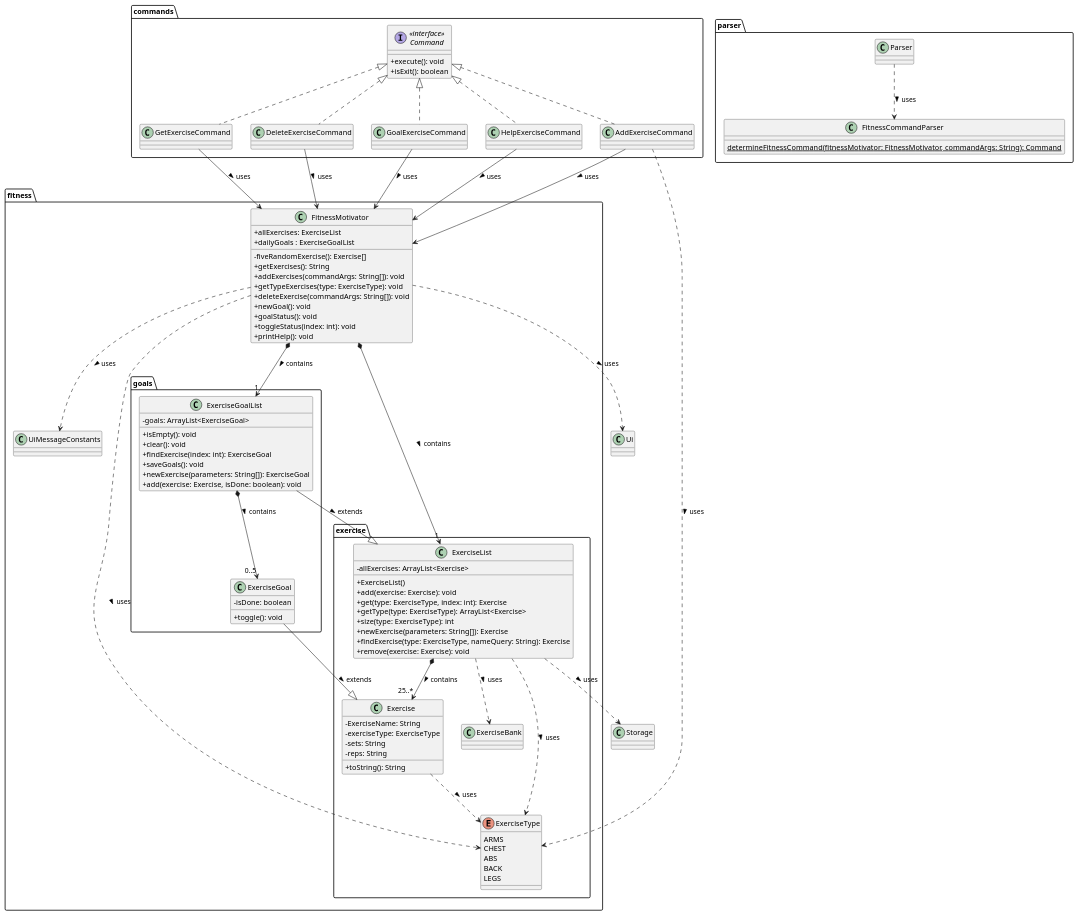
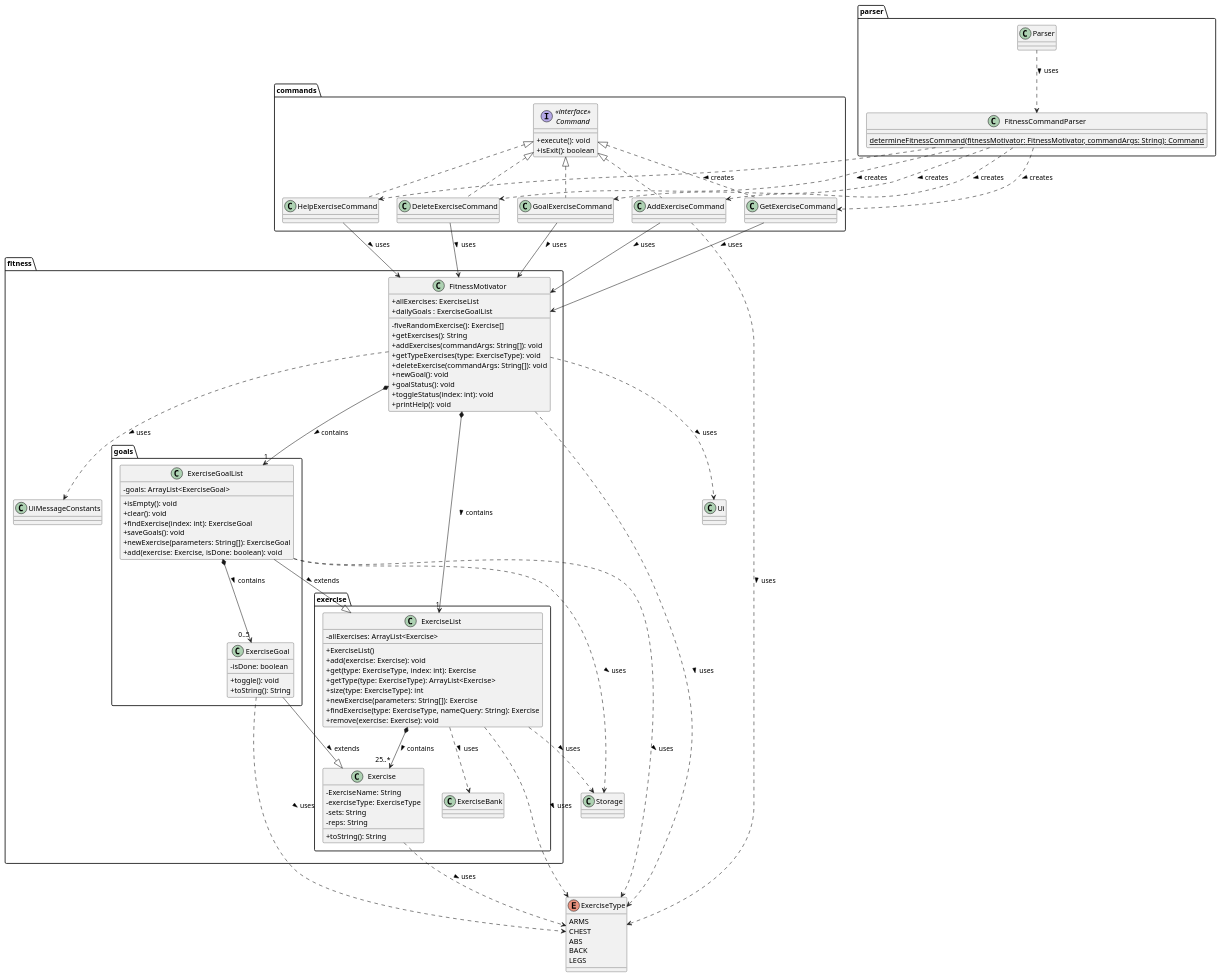
The diagram in docs/diagrams/fitness/FitnessClassDiagram.puml (AY2324S2-CS2113-T11-1/tp), drawn with PlantUML before and after one commit. The commit also changed 12 other files, not shown here.

First line of the commit message:
Update Developer Guide for new features in FitnessMotivator

```diff
--- a/docs/diagrams/fitness/FitnessClassDiagram.puml
+++ b/docs/diagrams/fitness/FitnessClassDiagram.puml
@@ -1,139 +1,150 @@
 @startuml
 
 skinparam classAttributeIconSize 0
 
 package parser {
     class FitnessCommandParser {
         {Static} determineFitnessCommand(fitnessMotivator: FitnessMotivator, commandArgs: String): Command
     }
 
     class Parser {
     }
 }
 
 package commands {
     interface "<<interface>>\nCommand" as Command {
         + execute(): void
         + isExit(): boolean
     }
 
     class GetExerciseCommand implements Command {
     }
 
     class DeleteExerciseCommand implements Command {
     }
 
     class GoalExerciseCommand implements Command {
     }
 
     class HelpExerciseCommand implements Command {
     }
 
     class AddExerciseCommand implements Command {
     }
 }
 
 package fitness {
     package exercise {
 
         class ExerciseList {
             - allExercises: ArrayList<Exercise>
             + ExerciseList()
             + add(exercise: Exercise): void
             + get(type: ExerciseType, index: int): Exercise
             + getType(type: ExerciseType): ArrayList<Exercise>
             + size(type: ExerciseType): int
             + newExercise(parameters: String[]): Exercise
             + findExercise(type: ExerciseType, nameQuery: String): Exercise
             + remove(exercise: Exercise): void
         }
 
         class Exercise {
             - ExerciseName: String
             - exerciseType: ExerciseType
             - sets: String
             - reps: String
             + toString(): String
         }
 
         class ExerciseBank {
         }
 
-        enum ExerciseType {
-            ARMS
-            CHEST
-            ABS
-            BACK
-            LEGS
-        }
     }
 
     package goals {
         class ExerciseGoal {
             - isDone: boolean
             + toggle(): void
+            + toString(): String
         }
 
         class ExerciseGoalList {
             - goals: ArrayList<ExerciseGoal>
             + isEmpty(): void
             + clear(): void
             + findExercise(index: int): ExerciseGoal
             + saveGoals(): void
             + newExercise(parameters: String[]): ExerciseGoal
             + add(exercise: Exercise, isDone: boolean): void
         }
     }
 
     class FitnessMotivator {
         + allExercises: ExerciseList
         + dailyGoals : ExerciseGoalList
         - fiveRandomExercise(): Exercise[]
         + getExercises(): String
         + addExercises(commandArgs: String[]): void
         + getTypeExercises(type: ExerciseType): void
         + deleteExercise(commandArgs: String[]): void
         + newGoal(): void
         + goalStatus(): void
         + toggleStatus(index: int): void
         + printHelp(): void
     }
 
     class UiMessageConstants {
     }
 }
 
+enum ExerciseType {
+            ARMS
+            CHEST
+            ABS
+            BACK
+            LEGS
+        }
+
 class Storage {
 }
 
 class Ui {
 }
 
 Parser ..> FitnessCommandParser : uses >
+FitnessCommandParser ..> GetExerciseCommand : creates >
+FitnessCommandParser ..> DeleteExerciseCommand : creates >
+FitnessCommandParser ..> GoalExerciseCommand : creates >
+FitnessCommandParser ..> HelpExerciseCommand : creates >
+FitnessCommandParser ..> AddExerciseCommand : creates >
 
 AddExerciseCommand --> FitnessMotivator : uses >
 AddExerciseCommand ..> ExerciseType : uses >
 GetExerciseCommand --> FitnessMotivator : uses >
 DeleteExerciseCommand --> FitnessMotivator : uses >
 GoalExerciseCommand --> FitnessMotivator : uses >
 HelpExerciseCommand --> FitnessMotivator : uses >
 
 FitnessMotivator *--> "1" ExerciseList : contains >
 FitnessMotivator *--> "1" ExerciseGoalList : contains >
 
-Exercise ..> ExerciseType : uses >
 ExerciseGoal --|> Exercise : extends >
 ExerciseGoalList --|> ExerciseList : extends >
-ExerciseList ..> ExerciseType : uses >
-FitnessMotivator ..> ExerciseType : uses >
 FitnessMotivator ..> UiMessageConstants : uses >
 ExerciseList ..> ExerciseBank : uses >
 
 ExerciseList *--> "25..*" Exercise : contains >
 ExerciseGoalList *--> "0..5" ExerciseGoal : contains >
 
+ExerciseList ..> ExerciseType : uses >
+ExerciseGoalList ..> ExerciseType : uses >
+ExerciseGoal ..> ExerciseType : uses >
+FitnessMotivator ..> ExerciseType : uses >
+Exercise ..> ExerciseType : uses >
+
 ExerciseList ..> Storage : uses >
+ExerciseGoalList ..> Storage : uses >
 
 FitnessMotivator ..> Ui : uses >
 
 @enduml
```
